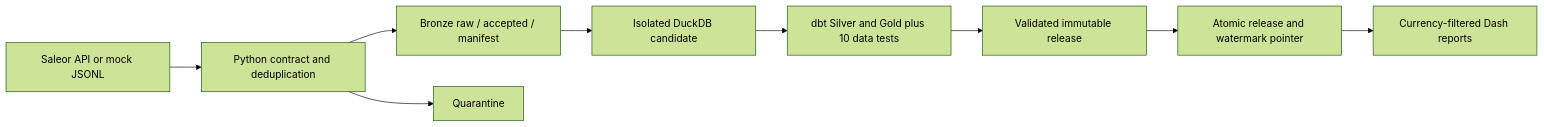
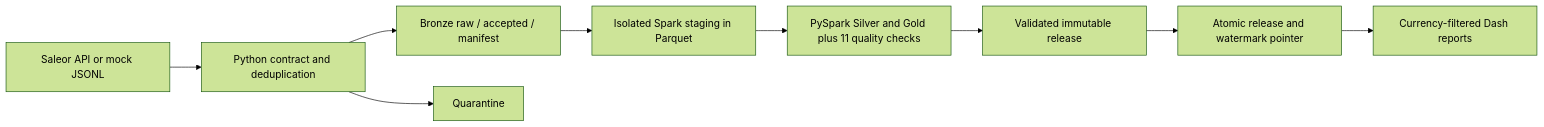
One commit to peterpanmj/gaoxin_de changed the diagram in README.md. Above: the diagram before and after it, drawn with Mermaid (forest theme). The commit also changed other lines of this file and 36 other files, not shown here.

First line of the commit message:
feat(assessment A-D): replace DuckDB/dbt analytics with PySpark Parquet releases

````diff
--- a/README.md
+++ b/README.md
@@ -62,11 +62,11 @@
 ```mermaid
 flowchart LR
     A[Saleor API or mock JSONL] --> B[Python contract and deduplication]
     B --> C[Bronze raw / accepted / manifest]
     B --> Q[Quarantine]
-    C --> D[Isolated DuckDB candidate]
-    D --> E[dbt Silver and Gold plus 10 data tests]
+    C --> D[Isolated Spark staging in Parquet]
+    D --> E[PySpark Silver and Gold plus 11 quality checks]
     E --> F[Validated immutable release]
     F --> G[Atomic release and watermark pointer]
     G --> H[Currency-filtered Dash reports]
 ```
````
